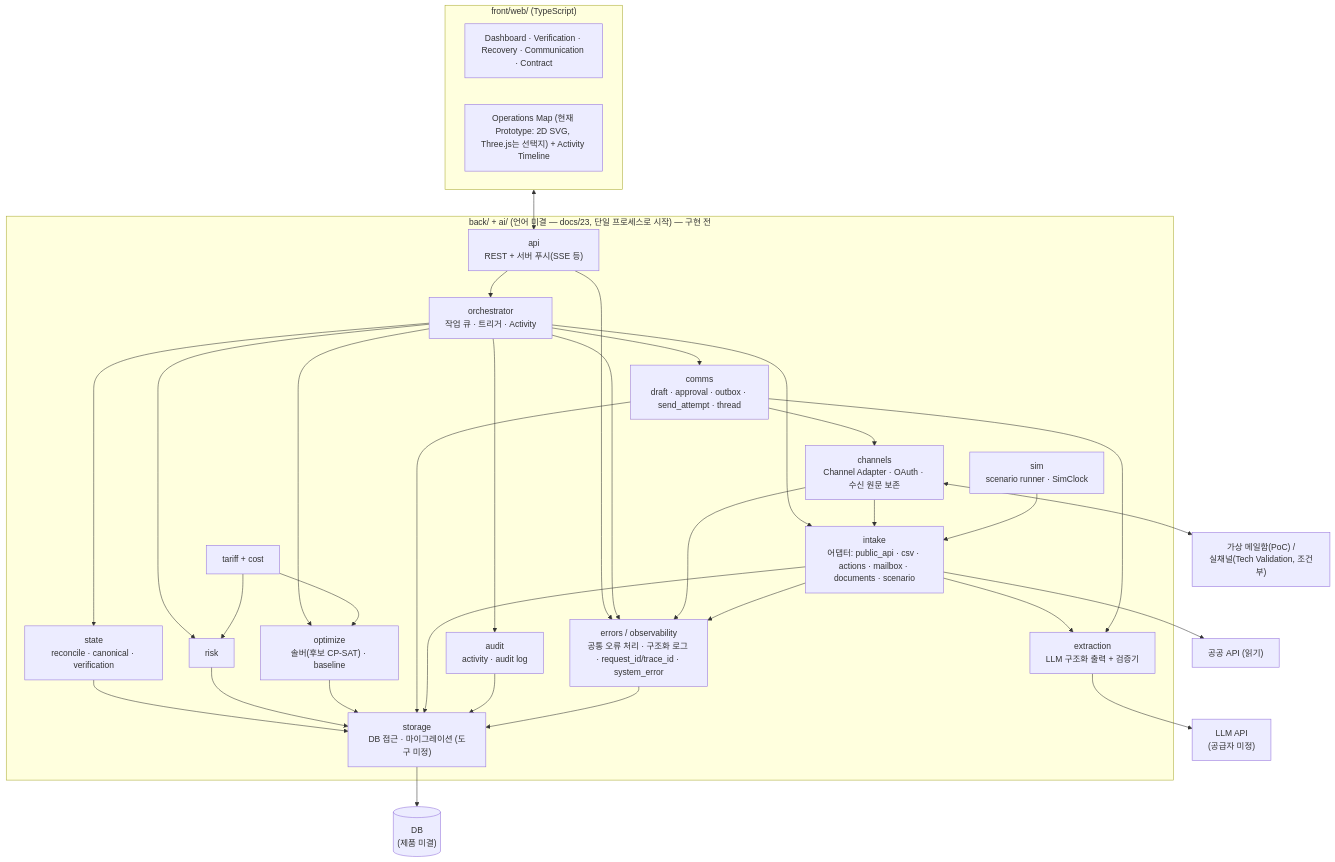
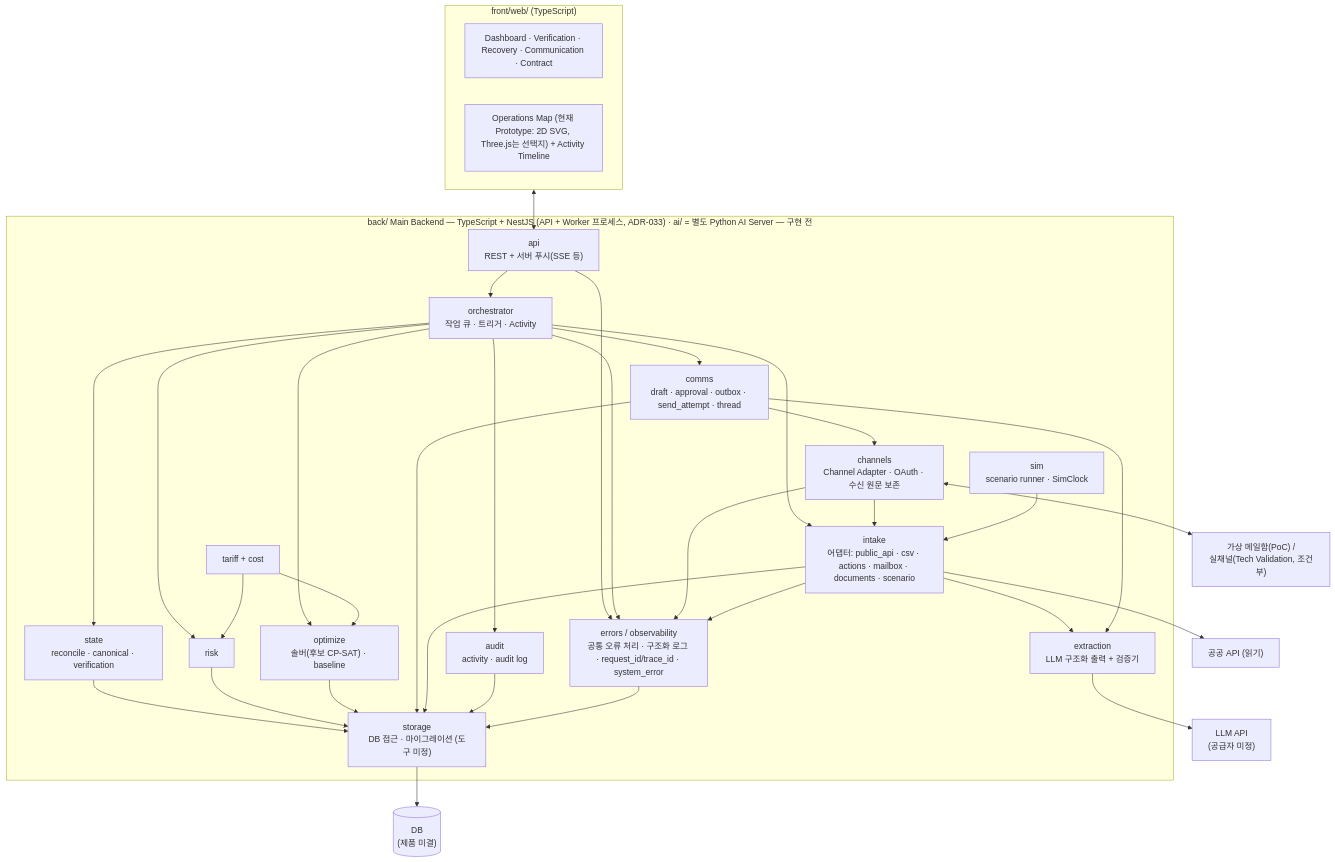
One commit to dong3114/container-exception changed the diagram in docs/07_backend-architecture.md. Above: the diagram before and after it, drawn with Mermaid. The commit also changed other lines of this file and 14 other files, not shown here.

Commit message:
docs: adopt NestJS backend and Python AI runtime

````diff
--- a/docs/07_backend-architecture.md
+++ b/docs/07_backend-architecture.md
@@ -20,46 +20,46 @@
 ```mermaid
 flowchart TB
   subgraph WEB["front/web/ (TypeScript)"]
     DASH["Dashboard · Verification · Recovery · Communication · Contract"]
     SIM3D["Operations Map (현재 Prototype: 2D SVG, Three.js는 선택지) + Activity Timeline"]
   end
 
-  subgraph BE["back/ + ai/ (언어 미결 — docs/23, 단일 프로세스로 시작) — 구현 전"]
+  subgraph BE["back/ Main Backend — TypeScript + NestJS (API + Worker 프로세스, ADR-033) · ai/ = 별도 Python AI Server — 구현 전"]
     API["api<br/>REST + 서버 푸시(SSE 등)"]
     ORC["orchestrator<br/>작업 큐 · 트리거 · Activity"]
     ING["intake<br/>어댑터: public_api · csv · actions · mailbox · documents · scenario"]
     EXT["extraction<br/>LLM 구조화 출력 + 검증기"]
     STA["state<br/>reconcile · canonical · verification"]
     TRF["tariff + cost"]
     RSK["risk"]
     OPT["optimize<br/>솔버(후보 CP-SAT) · baseline"]
     COM["comms<br/>draft · approval · outbox · send_attempt · thread"]
     CHN["channels<br/>Channel Adapter · OAuth · 수신 원문 보존"]
     OBS["errors / observability<br/>공통 오류 처리 · 구조화 로그 · request_id/trace_id · system_error"]
     SIMS["sim<br/>scenario runner · SimClock"]
     STO["storage<br/>DB 접근 · 마이그레이션 (도구 미정)"]
     AUD["audit<br/>activity · audit log"]
   end
 
   DB[("DB<br/>(제품 미결)")]
   LLM["LLM API<br/>(공급자 미정)"]
   PUB["공공 API (읽기)"]
   MBOX["가상 메일함(PoC) /<br/>실채널(Tech Validation, 조건부)"]
 
   WEB <--> API
   API --> ORC
   ORC --> ING & STA & RSK & OPT & COM
   ING --> EXT
   EXT --> LLM
   COM --> EXT
   ING --> PUB
   COM --> CHN
   CHN <--> MBOX
   CHN --> ING
   SIMS --> ING
   STA & RSK & OPT & COM & ING --> STO --> DB
   ORC --> AUD --> STO
   API & ORC & CHN & ING --> OBS --> STO
   TRF --> RSK
   TRF --> OPT
 ```
````
